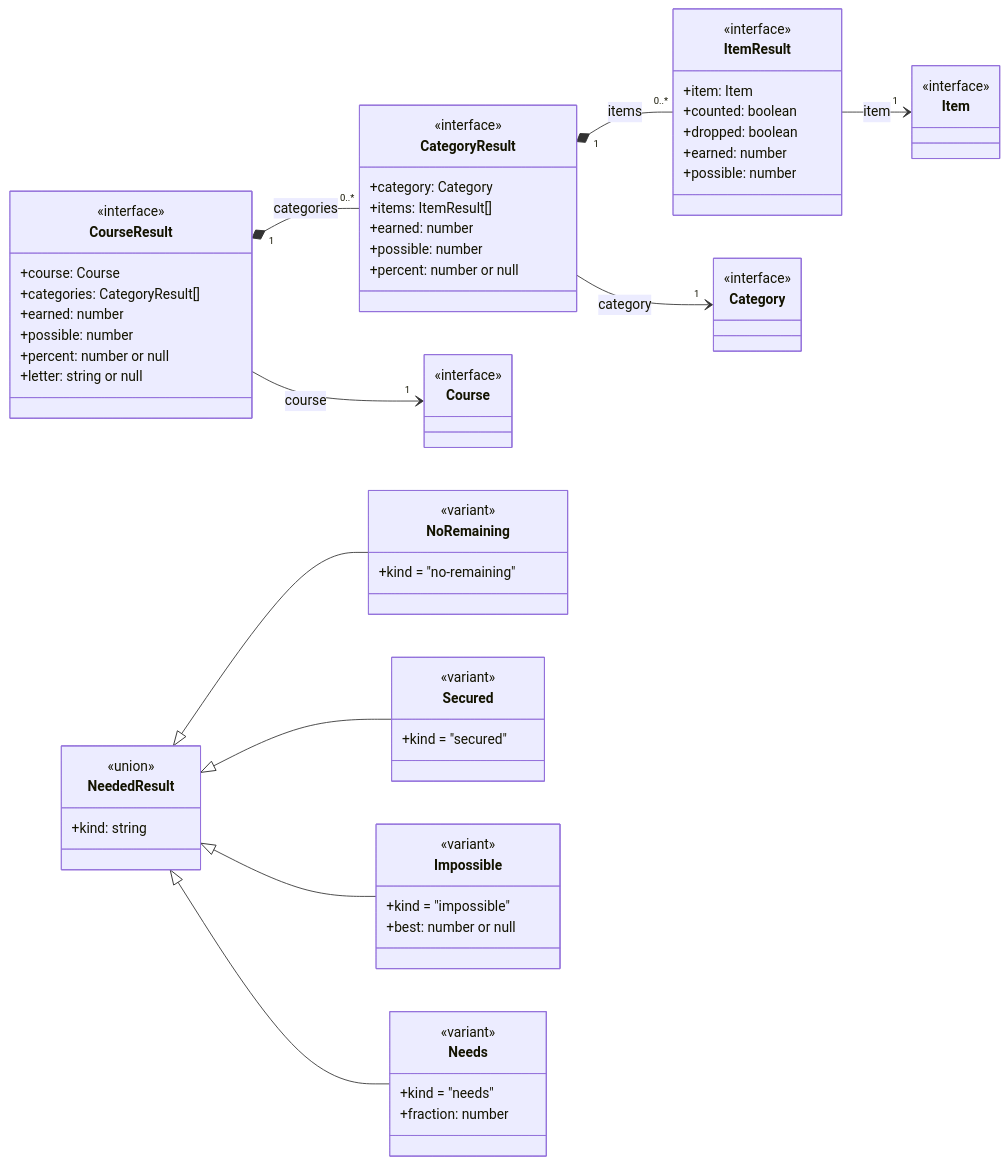
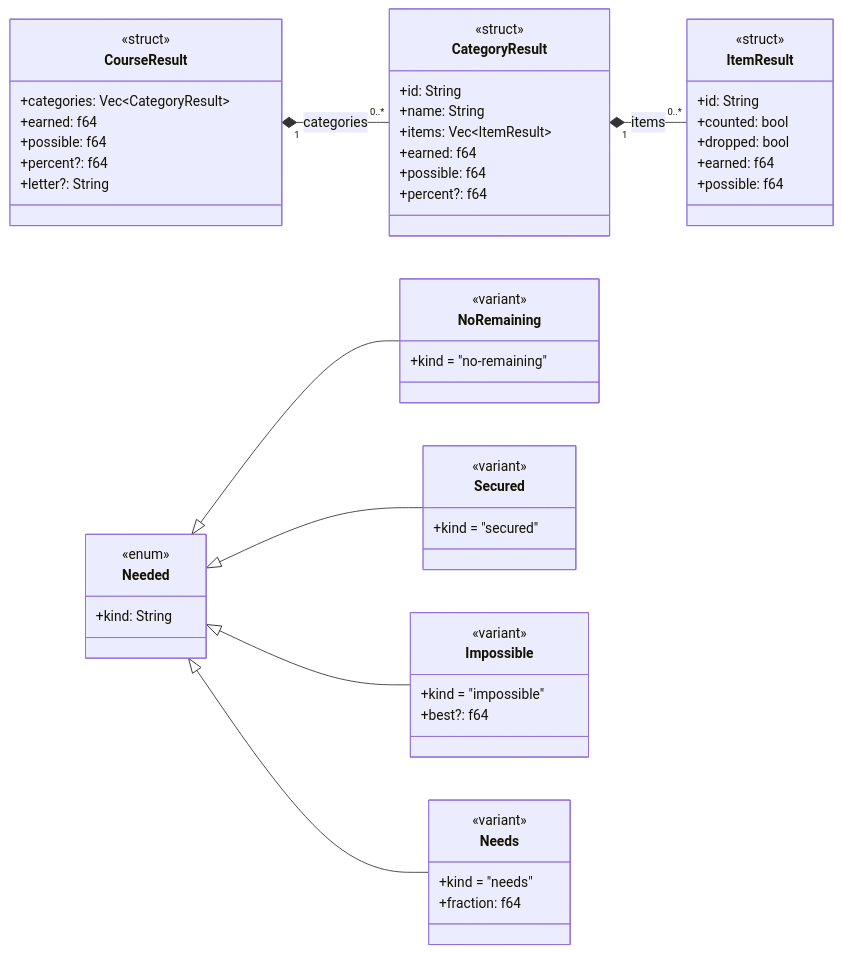
The third of 8 diagrams in docs/uml.md (Patman1O1/grade-calculator), drawn with Mermaid before and after one commit. The commit also changed other lines of this file and 45 other files, not shown here.

````diff
--- a/docs/uml.md
+++ b/docs/uml.md
@@ -113,69 +122,57 @@
 ```mermaid
 classDiagram
   direction LR
   class CourseResult {
-    <<interface>>
-    +course: Course
-    +categories: CategoryResult[]
-    +earned: number
-    +possible: number
-    +percent: number or null
-    +letter: string or null
+    <<struct>>
+    +categories: Vec~CategoryResult~
+    +earned: f64
+    +possible: f64
+    +percent?: f64
+    +letter?: String
   }
   class CategoryResult {
-    <<interface>>
-    +category: Category
-    +items: ItemResult[]
-    +earned: number
-    +possible: number
-    +percent: number or null
+    <<struct>>
+    +id: String
+    +name: String
+    +items: Vec~ItemResult~
+    +earned: f64
+    +possible: f64
+    +percent?: f64
   }
   class ItemResult {
-    <<interface>>
-    +item: Item
-    +counted: boolean
-    +dropped: boolean
-    +earned: number
-    +possible: number
+    <<struct>>
+    +id: String
+    +counted: bool
+    +dropped: bool
+    +earned: f64
+    +possible: f64
   }
-  class Course {
-    <<interface>>
-  }
-  class Category {
-    <<interface>>
-  }
-  class Item {
-    <<interface>>
-  }
-  class NeededResult {
-    <<union>>
-    +kind: string
+  class Needed {
+    <<enum>>
+    +kind: String
   }
   class NoRemaining {
     <<variant>>
     +kind = "no-remaining"
   }
   class Secured {
     <<variant>>
     +kind = "secured"
   }
   class Impossible {
     <<variant>>
     +kind = "impossible"
-    +best: number or null
+    +best?: f64
   }
   class Needs {
     <<variant>>
     +kind = "needs"
-    +fraction: number
+    +fraction: f64
   }
   CourseResult "1" *-- "0..*" CategoryResult : categories
   CategoryResult "1" *-- "0..*" ItemResult : items
-  CourseResult --> "1" Course : course
-  CategoryResult --> "1" Category : category
-  ItemResult --> "1" Item : item
-  NeededResult <|-- NoRemaining
-  NeededResult <|-- Secured
-  NeededResult <|-- Impossible
-  NeededResult <|-- Needs
+  Needed <|-- NoRemaining
+  Needed <|-- Secured
+  Needed <|-- Impossible
+  Needed <|-- Needs
 ```
````
